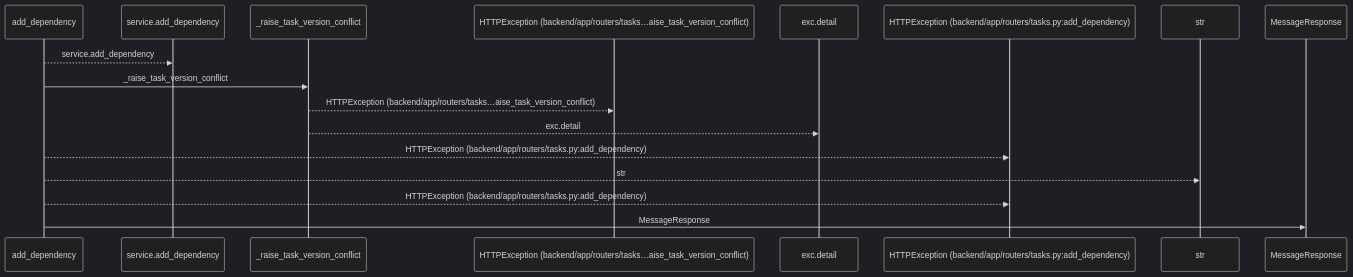
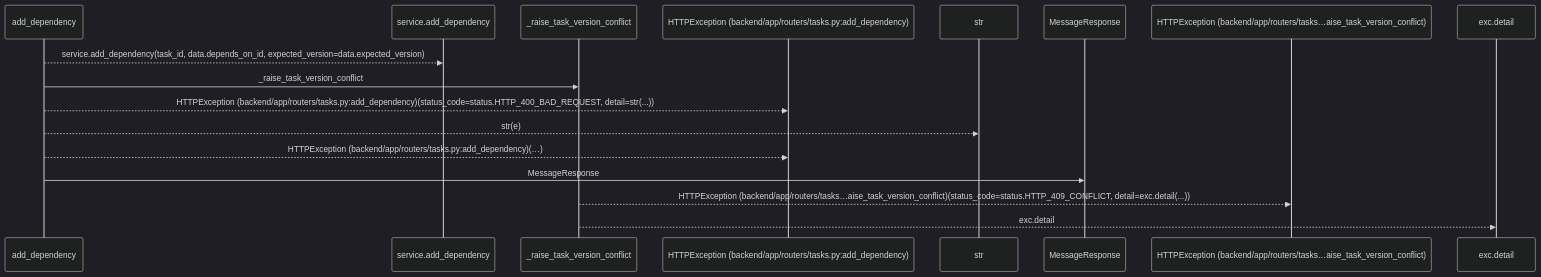
One commit to Denissvgn/WorkChord changed the first of 2 diagrams in docs/llm_wiki/flows/http-add_dependency.md. Above: the diagram before and after it, drawn with Mermaid (dark theme). The commit also changed other lines of this file and 25171 other files, not shown here.

````diff
--- a/docs/llm_wiki/flows/http-add_dependency.md
+++ b/docs/llm_wiki/flows/http-add_dependency.md
@@ -10,19 +12,19 @@
 ```mermaid
 sequenceDiagram
     participant p0 as add_dependency
     participant p1 as service.add_dependency
     participant p2 as _raise_task_version_conflict
-    participant p3 as HTTPException (backend/app/routers/tasks…aise_task_version_conflict)
-    participant p4 as exc.detail
-    participant p5 as HTTPException (backend/app/routers/tasks.py:add_dependency)
-    participant p6 as str
-    participant p7 as MessageResponse
-    p0-->>p1: service.add_dependency
+    participant p3 as HTTPException (backend/app/routers/tasks.py:add_dependency)
+    participant p4 as str
+    participant p5 as MessageResponse
+    participant p6 as HTTPException (backend/app/routers/tasks…aise_task_version_conflict)
+    participant p7 as exc.detail
+    p0-->>p1: service.add_dependency(task_id, data.depends_on_id, expected_version=data.expected_version)
     p0->>p2: _raise_task_version_conflict
-    p2-->>p3: HTTPException (backend/app/routers/tasks…aise_task_version_conflict)
-    p2-->>p4: exc.detail
-    p0-->>p5: HTTPException (backend/app/routers/tasks.py:add_dependency)
-    p0-->>p6: str
-    p0-->>p5: HTTPException (backend/app/routers/tasks.py:add_dependency)
-    p0->>p7: MessageResponse
+    p0-->>p3: HTTPException (backend/app/routers/tasks.py:add_dependency)(status_code=status.HTTP_400_BAD_REQUEST, detail=str(...))
+    p0-->>p4: str(e)
+    p0-->>p3: HTTPException (backend/app/routers/tasks.py:add_dependency)(…)
+    p0->>p5: MessageResponse
+    p2-->>p6: HTTPException (backend/app/routers/tasks…aise_task_version_conflict)(status_code=status.HTTP_409_CONFLICT, detail=exc.detail(...))
+    p2-->>p7: exc.detail
 ```
````
